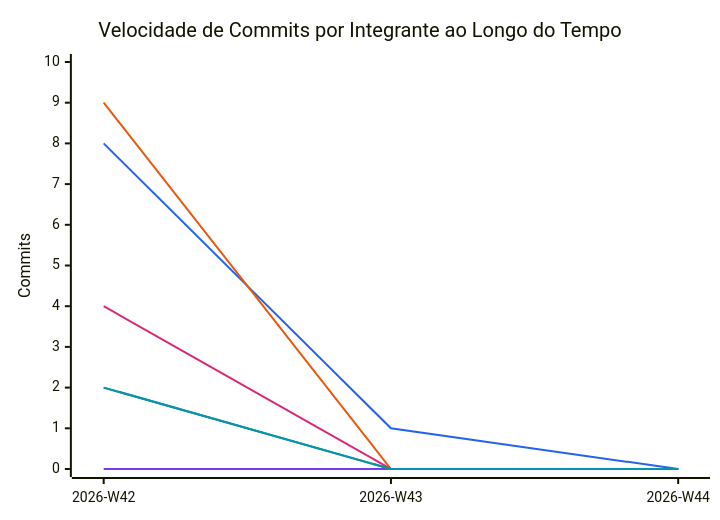
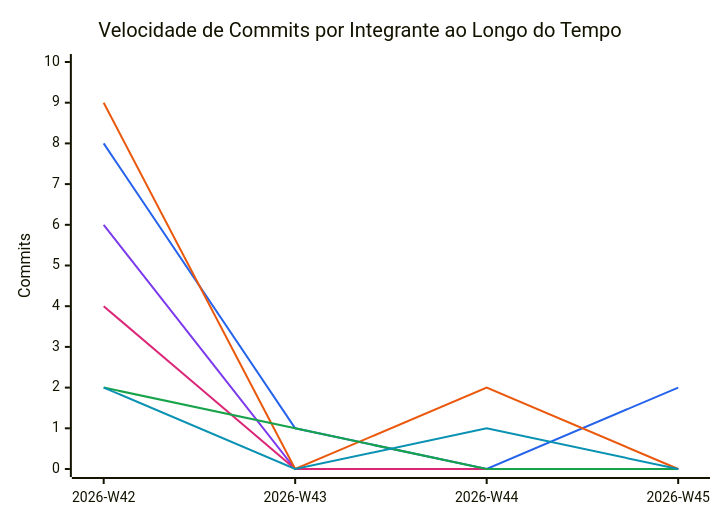
One commit to FCTE-Qualidade-de-Software-1/2026-2_T02_KAY_MCNULTY changed the diagram in snippets/commit-velocity.mmd. Above: the diagram before and after it, drawn with Mermaid. The commit also changed 14 other files, not shown here.

```diff
--- a/snippets/commit-velocity.mmd
+++ b/snippets/commit-velocity.mmd
@@ -1,11 +1,11 @@
 %%{init: {"themeVariables": {"xyChart": {"plotColorPalette": "#2563eb, #7c3aed, #db2777, #ea580c, #16a34a, #0891b2"}}}}%%
 xychart-beta
     title "Velocidade de Commits por Integrante ao Longo do Tempo"
-    x-axis ["2026-W42", "2026-W43", "2026-W44"]
+    x-axis ["2026-W42", "2026-W43", "2026-W44", "2026-W45"]
     y-axis "Commits" 0 --> 10
-    line [8, 1, 0]
-    line [0, 0, 0]
-    line [4, 0, 0]
-    line [9, 0, 0]
-    line [2, 0, 0]
-    line [2, 0, 0]
+    line [8, 1, 0, 2]
+    line [6, 0, 0, 0]
+    line [4, 0, 0, 0]
+    line [9, 0, 2, 0]
+    line [2, 1, 0, 0]
+    line [2, 0, 1, 0]
```
